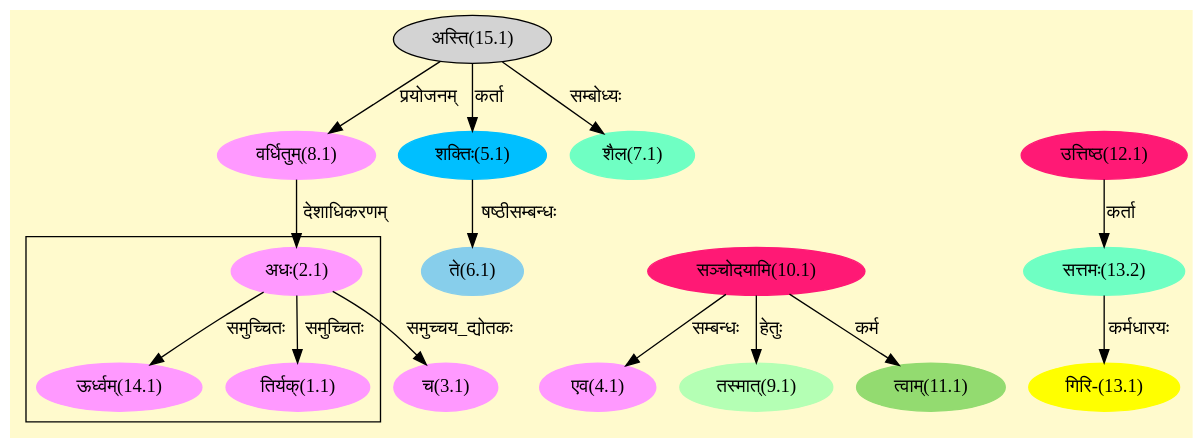
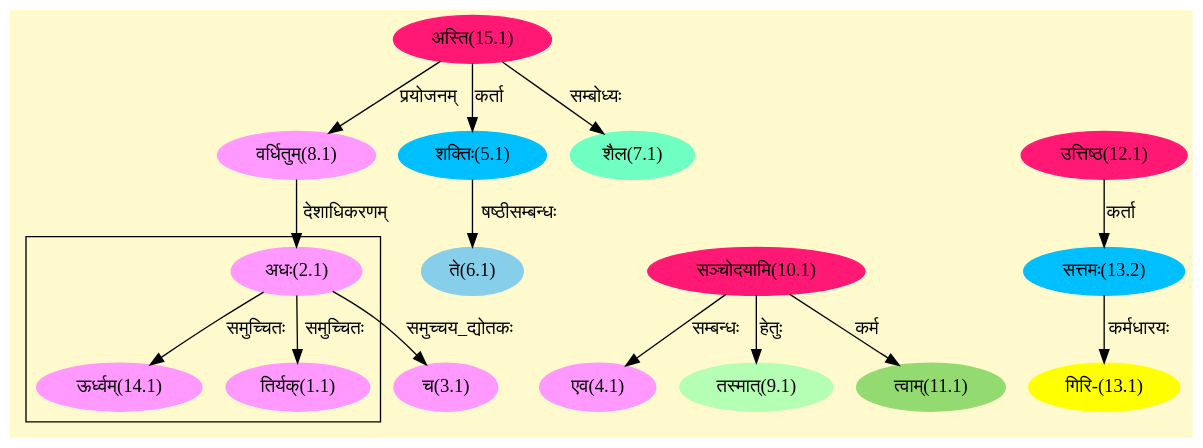
The diagram in assets/graphs/01_092_1.dot (amarranjan1/skd.github.io), drawn with Graphviz before and after one commit. The commit also changed 258 other files, not shown here.

```diff
--- a/assets/graphs/01_092_1.dot
+++ b/assets/graphs/01_092_1.dot
@@ -1,42 +1,42 @@
 digraph G{
 rankdir=BT;
  compound=true;
  bgcolor="lemonchiffon1";
 
 subgraph cluster_1{
 Node1_1 [style=filled, color="#FF99FF" label = "तिर्यक्(1.1)"]
 Node2_1 [style=filled, color="#FF99FF" label = "अधः(2.1)"]
 Node14_1 [style=filled, color="#FF99FF" label = "ऊर्ध्वम्(14.1)"]
 
 }
 Node2_1 [style=filled, color="#FF99FF" label = "अधः(2.1)"]
 Node8_1 [style=filled, color="#FF99FF" label = "वर्धितुम्(8.1)"]
 Node3_1 [style=filled, color="#FF99FF" label = "च(3.1)"]
 Node4_1 [style=filled, color="#FF99FF" label = "एव(4.1)"]
 Node10_1 [style=filled, color="#FF1975" label = "सञ्चोदयामि(10.1)"]
 Node5_1 [style=filled, color="#00BFFF" label = "शक्तिः(5.1)"]
-Node15_1 [style=filled, color="" label = "अस्ति(15.1)"]
+Node15_1 [style=filled, color="#FF1975" label = "अस्ति(15.1)"]
 Node6_1 [style=filled, color="#87CEEB" label = "ते(6.1)"]
 Node7_1 [style=filled, color="#6FFFC3" label = "शैल(7.1)"]
 Node9_1 [style=filled, color="#B4FFB4" label = "तस्मात्(9.1)"]
 Node [style=filled, color="" label = "()"]
 Node11_1 [style=filled, color="#93DB70" label = "त्वाम्(11.1)"]
 Node12_1 [style=filled, color="#FF1975" label = "उत्तिष्ठ(12.1)"]
 Node13_1 [style=filled, color="#FFFF00" label = "गिरि-(13.1)"]
-Node13_2 [style=filled, color="#6FFFC3" label = "सत्तमः(13.2)"]
+Node13_2 [style=filled, color="#00BFFF" label = "सत्तमः(13.2)"]
 /* Start of Relations section */
 
 Node1_1 -> Node2_1 [  label="समुच्चितः"  dir="back" ]
 Node2_1 -> Node8_1 [  label="देशाधिकरणम्"  dir="back" ]
 Node3_1 -> Node2_1 [  label="समुच्चय_द्योतकः"  dir="back" ]
 Node4_1 -> Node10_1 [  label="सम्बन्धः"  dir="back" ]
 Node5_1 -> Node15_1 [  label="कर्ता"  dir="back" ]
 Node6_1 -> Node5_1 [  label="षष्ठीसम्बन्धः"  dir="back" ]
 Node7_1 -> Node15_1 [  label="सम्बोध्यः"  dir="back" ]
 Node8_1 -> Node15_1 [  label="प्रयोजनम्"  dir="back" ]
 Node9_1 -> Node10_1 [  label="हेतुः"  dir="back" ]
 Node11_1 -> Node10_1 [  label="कर्म"  dir="back" ]
 Node13_1 -> Node13_2 [  label="कर्मधारयः"  dir="back" ]
 Node13_2 -> Node12_1 [  label="कर्ता"  dir="back" ]
 Node14_1 -> Node2_1 [  label="समुच्चितः"  dir="back" ]
 }
```
